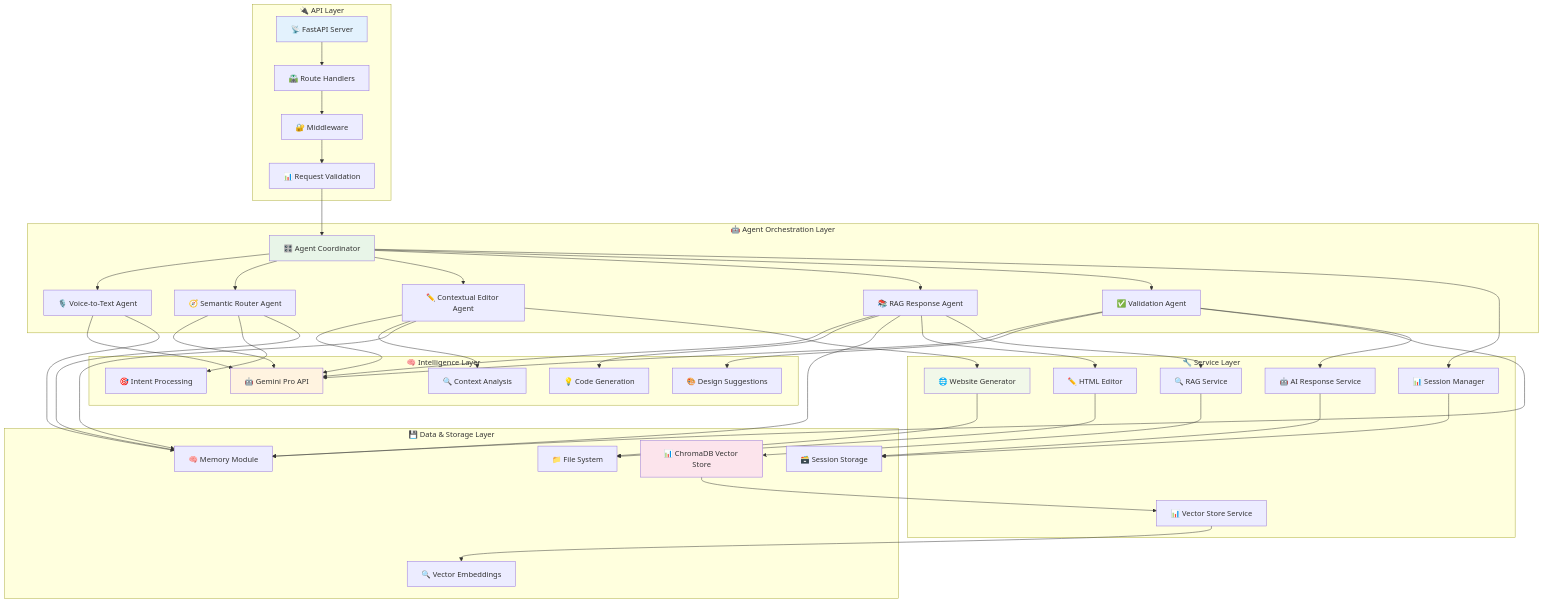
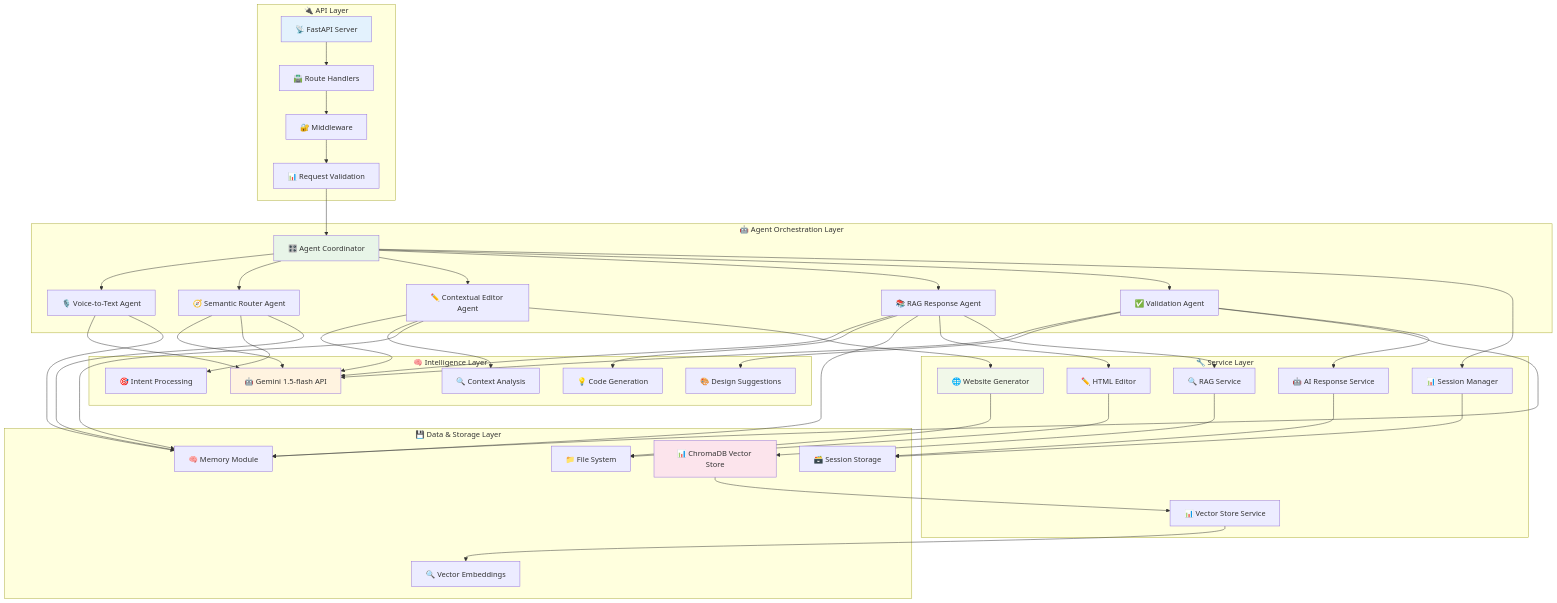
One commit to NithishKumarsl786snsihub/Agentic_Al_Workshop changed the fourth of 5 diagrams in Day-10/Final Hackathon/README.md. Above: the diagram before and after it, drawn with Mermaid. The commit also changed other lines of this file, not shown here.

```diff
--- a/Day-10/Final Hackathon/README.md
+++ b/Day-10/Final Hackathon/README.md
@@ -576,7 +576,7 @@
     end
     
     subgraph "🧠 Intelligence Layer"
-        K[🤖 Gemini Pro API]
+        K[🤖 Gemini 1.5-flash API]
         L[🎯 Intent Processing]
         M[🔍 Context Analysis]
         N[💡 Code Generation]
```
